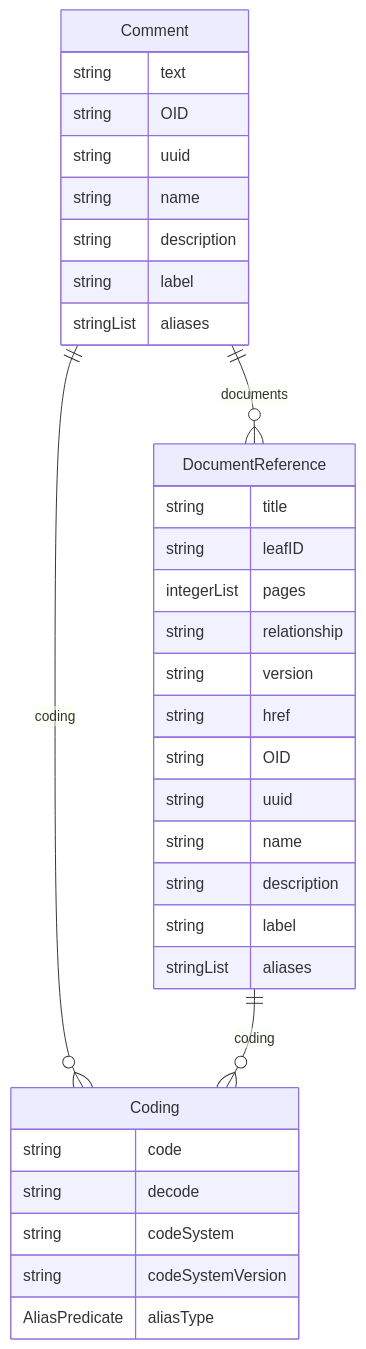
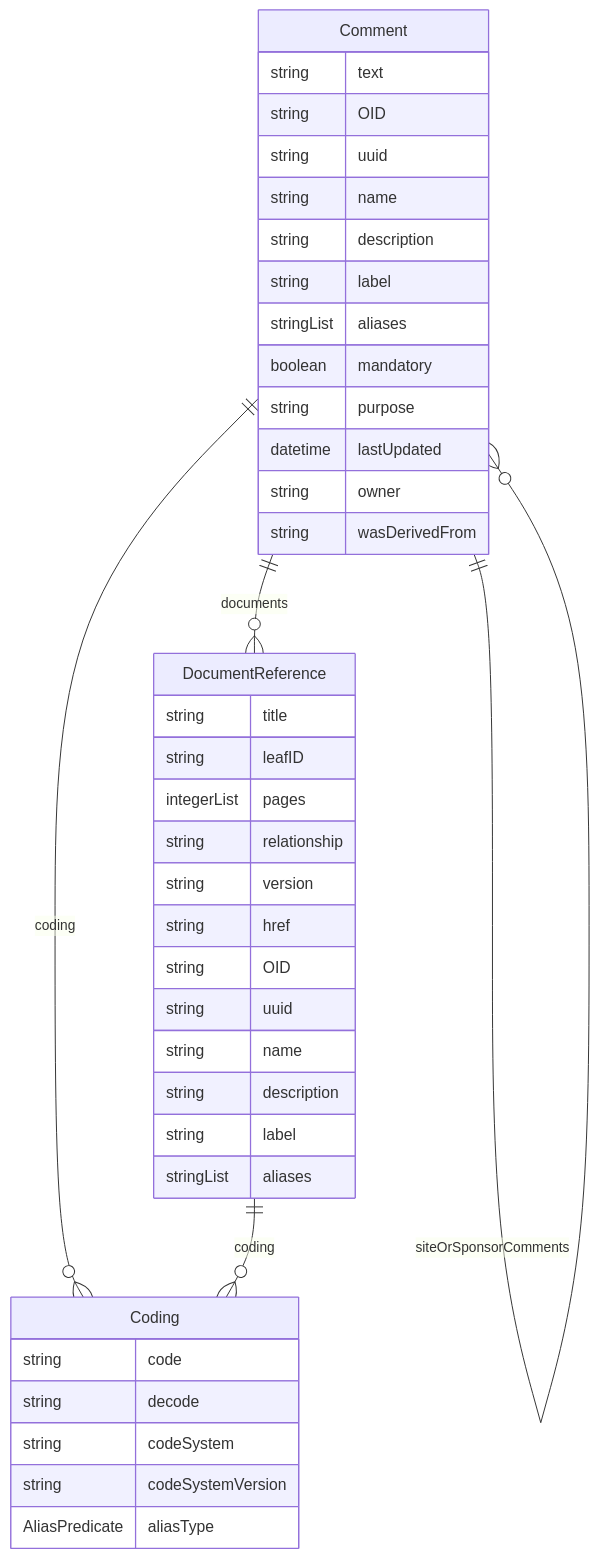
One commit to TeMeta/define-json changed the diagram in docs/classes/Comment.md. Above: the diagram before and after it, drawn with Mermaid. The commit also changed other lines of this file and 260 other files, not shown here.

````diff
--- a/docs/classes/Comment.md
+++ b/docs/classes/Comment.md
@@ -16,38 +16,45 @@
 ```mermaid
 erDiagram
 Comment {
     string text  
     string OID  
     string uuid  
     string name  
     string description  
     string label  
     stringList aliases  
+    boolean mandatory  
+    string purpose  
+    datetime lastUpdated  
+    string owner  
+    string wasDerivedFrom  
 }
 Coding {
     string code  
     string decode  
     string codeSystem  
     string codeSystemVersion  
     AliasPredicate aliasType  
 }
 DocumentReference {
     string title  
     string leafID  
     integerList pages  
     string relationship  
     string version  
     string href  
     string OID  
     string uuid  
     string name  
     string description  
     string label  
     stringList aliases  
 }
 
 Comment ||--}o DocumentReference : "documents"
 Comment ||--}o Coding : "coding"
+Comment ||--}o Comment : "comments"
+Comment ||--}o Comment : "siteOrSponsorComments"
 DocumentReference ||--}o Coding : "coding"
 
 ```
````
